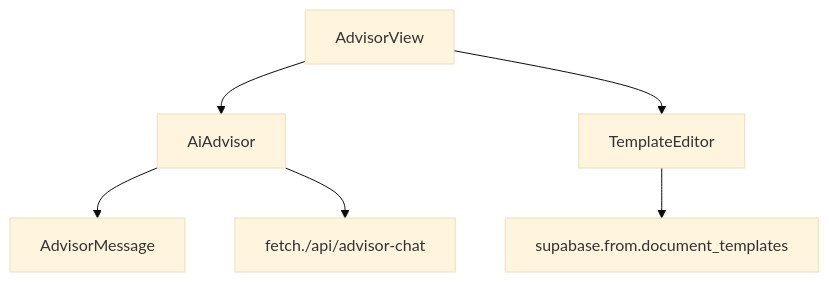
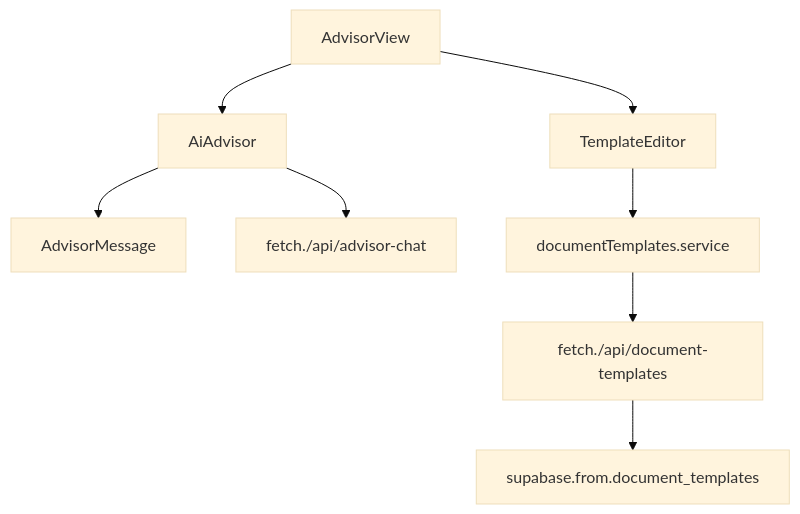
The fifth of 6 diagrams in docs/dependency-graph/01-components-services.md (Hluengo/sistema-integral-convivencia-escolar), drawn with Mermaid (base theme) before and after one commit. The commit also changed 13 other files, not shown here.

````diff
--- a/docs/dependency-graph/01-components-services.md
+++ b/docs/dependency-graph/01-components-services.md
@@ -119,8 +119,10 @@
 ```mermaid
 graph TD
     AdvisorView --> AiAdvisor
     AdvisorView --> TemplateEditor
     AiAdvisor --> AdvisorMessage
     AiAdvisor --> fetch./api/advisor-chat
-    TemplateEditor --> supabase.from.document_templates
+    TemplateEditor --> documentTemplates.service
+    documentTemplates.service --> fetch./api/document-templates
+    fetch./api/document-templates --> supabase.from.document_templates
 ```
````
